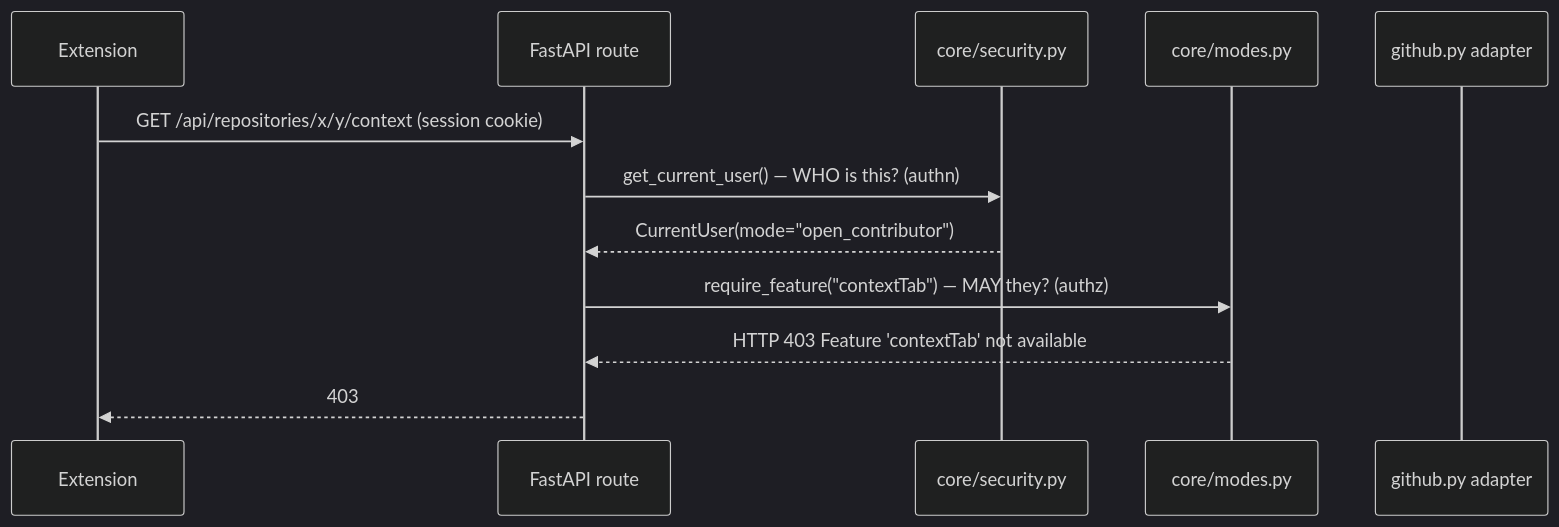
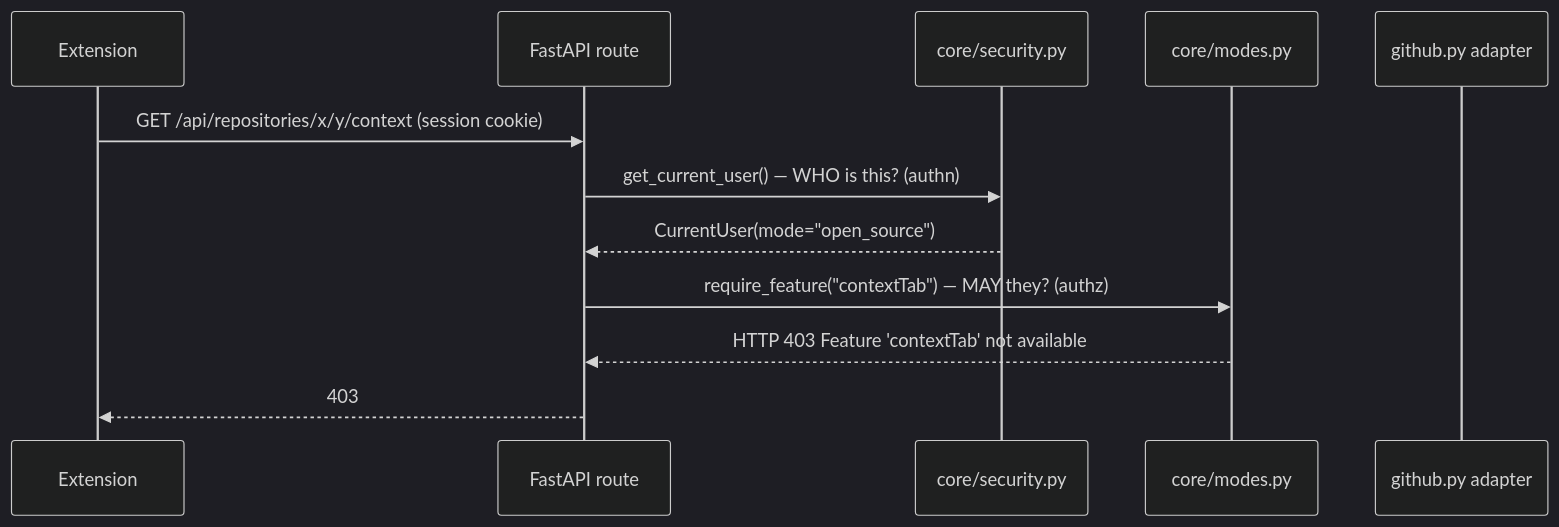
Before and after one commit to superiorshree/DevMInds: the second of 4 diagrams in docs/ARCHITECTURE.md, drawn with Mermaid (dark theme). The commit also changed 23 other files, not shown here.

Commit message:
feat(extension,auth): implement dynamic extension OAuth and updated open-source UI screens

````diff
--- a/docs/ARCHITECTURE.md
+++ b/docs/ARCHITECTURE.md
@@ -84,15 +84,15 @@
 ```mermaid
 sequenceDiagram
     participant Ext as Extension
     participant API as FastAPI route
     participant Sec as core/security.py
     participant Modes as core/modes.py
     participant GH as github.py adapter
 
     Ext->>API: GET /api/repositories/x/y/context (session cookie)
     API->>Sec: get_current_user() — WHO is this? (authn)
-    Sec-->>API: CurrentUser(mode="open_contributor")
+    Sec-->>API: CurrentUser(mode="open_source")
     API->>Modes: require_feature("contextTab") — MAY they? (authz)
     Modes-->>API: HTTP 403 Feature 'contextTab' not available
     API-->>Ext: 403
 ```
````
